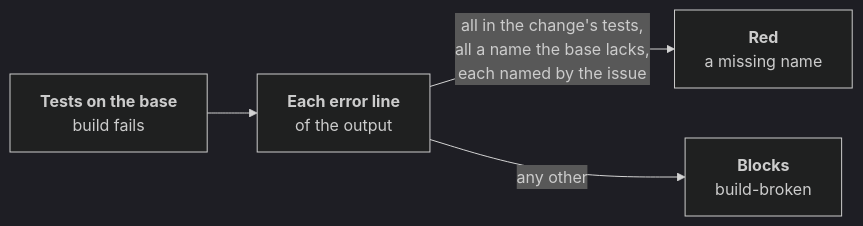
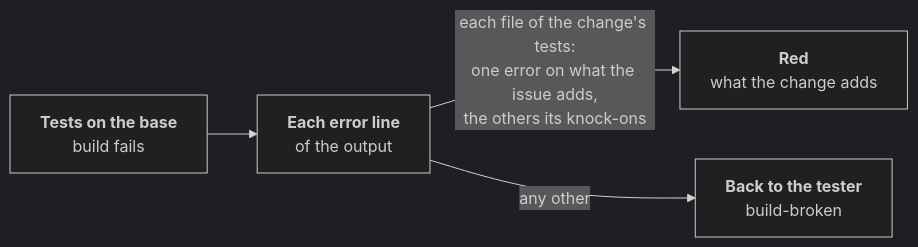
One commit to JN0V/workline changed the diagram in roles/tester/docs/missing-name.md. Above: the diagram before and after it, drawn with Mermaid (dark theme). The commit also changed other lines of this file and 19 other files, not shown here.

First line of the commit message:
fix(tester): read compiler lines when a test build writes no report

````diff
--- a/roles/tester/docs/missing-name.md
+++ b/roles/tester/docs/missing-name.md
@@ -13,10 +13,10 @@
 ```mermaid
 flowchart LR
   run["<b>Tests on the base</b><br/>build fails"]
   errs["<b>Each error line</b><br/>of the output"]
-  red["<b>Red</b><br/>a missing name"]
-  block["<b>Blocks</b><br/>build-broken"]
+  red["<b>Red</b><br/>what the change adds"]
+  block["<b>Back to the tester</b><br/>build-broken"]
   run --> errs
-  errs -- "all in the change's tests,<br/>all a name the base lacks,<br/>each named by the issue" --> red
+  errs -- "each file of the change's tests:<br/>one error on what the issue adds,<br/>the others its knock-ons" --> red
   errs -- "any other" --> block
 ```
````
